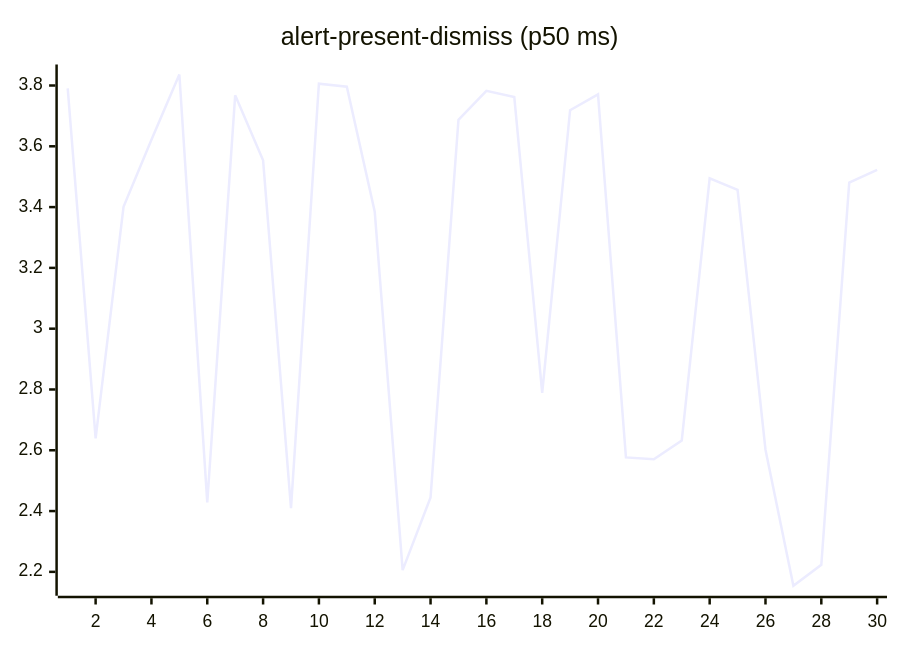
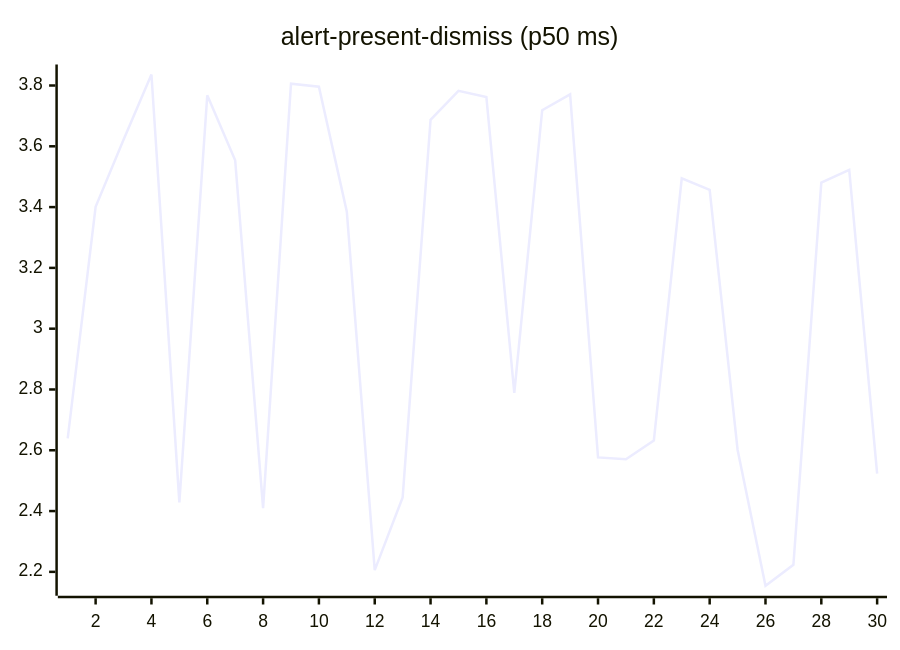
Before and after one commit to josha/Facet: the second of 27 diagrams in README.md, drawn with Mermaid. The commit also changed other lines of this file and 2 other files, not shown here.

````diff
--- a/README.md
+++ b/README.md
@@ -70,6 +70,6 @@
 ```mermaid
 xychart-beta
     title "alert-present-dismiss (p50 ms)"
     x-axis 1 --> 30
-    line [3.7906, 2.6392, 3.4008, 3.6212, 3.8362, 2.4288, 3.7676, 3.5538, 2.4095, 3.8060, 3.7961, 3.3851, 2.2058, 2.4450, 3.6869, 3.7826, 3.7621, 2.7891, 3.7187, 3.7708, 2.5766, 2.5704, 2.6324, 3.4949, 3.4566, 2.6019, 2.1543, 2.2230, 3.4803, 3.5227]
+    line [2.6392, 3.4008, 3.6212, 3.8362, 2.4288, 3.7676, 3.5538, 2.4095, 3.8060, 3.7961, 3.3851, 2.2058, 2.4450, 3.6869, 3.7826, 3.7621, 2.7891, 3.7187, 3.7708, 2.5766, 2.5704, 2.6324, 3.4949, 3.4566, 2.6019, 2.1543, 2.2230, 3.4803, 3.5227, 2.5229]
 ```
````
